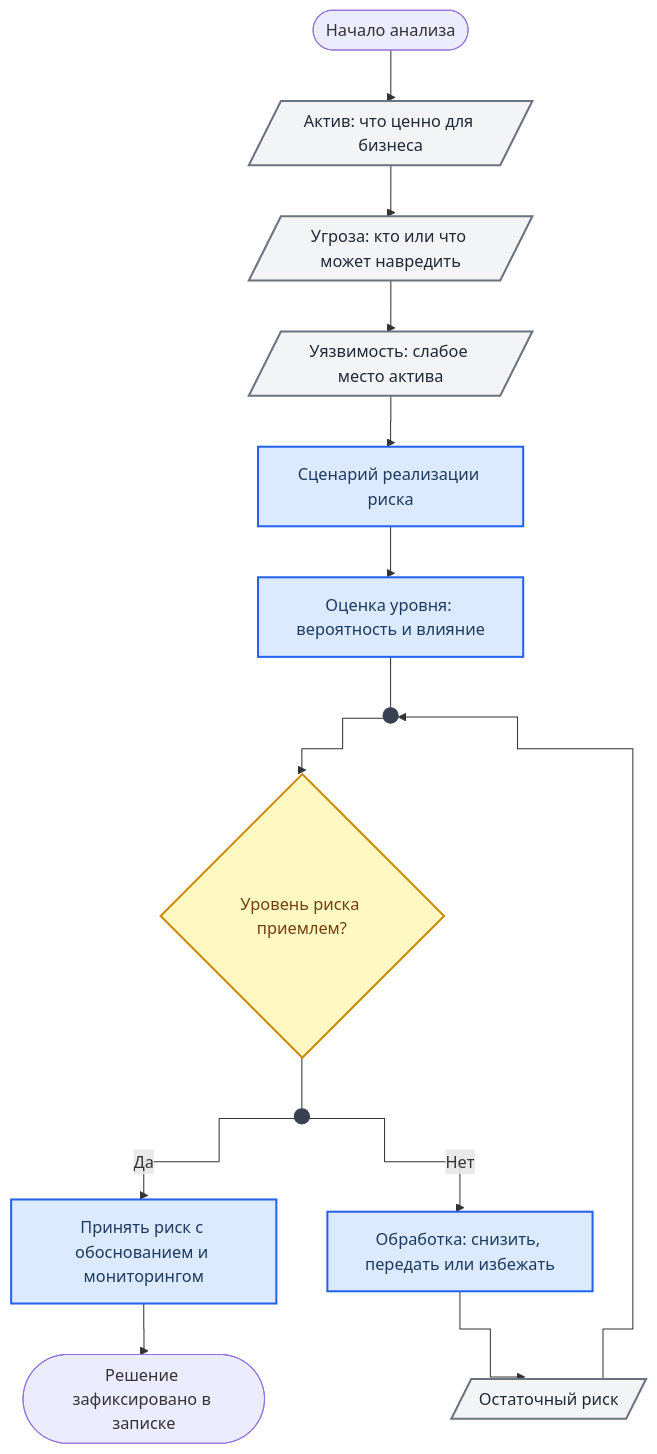
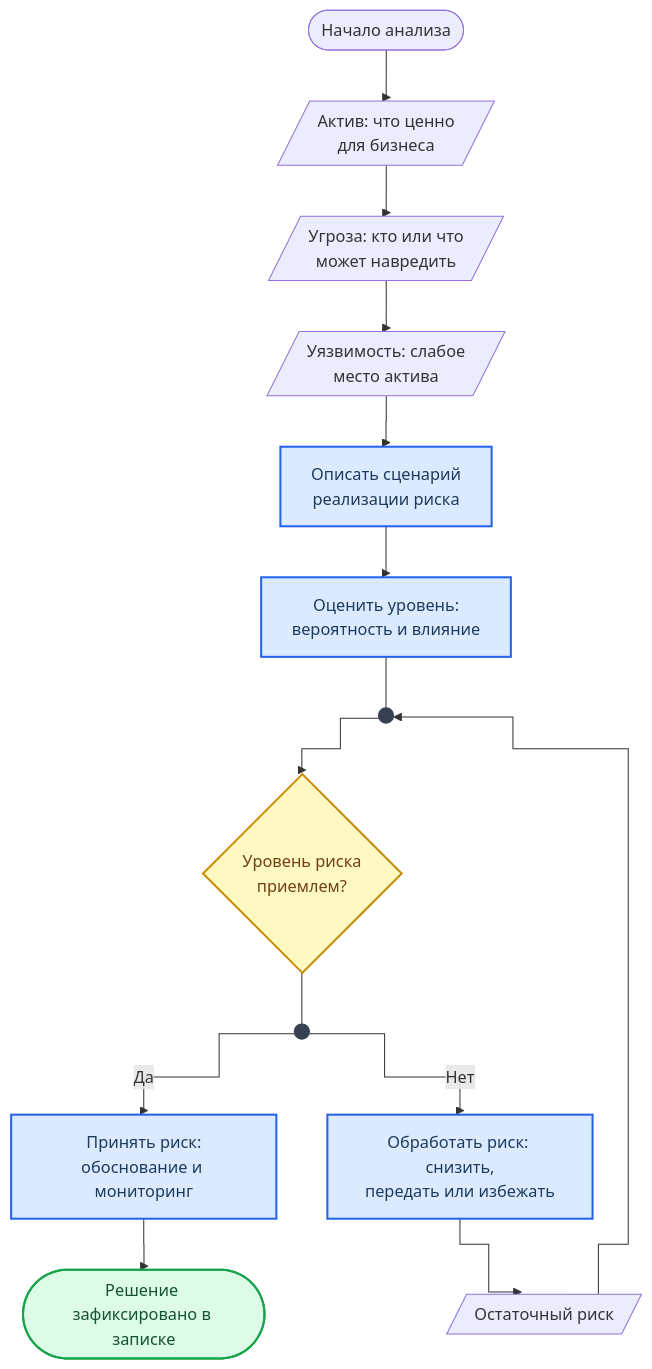
Before and after one commit to geminishkv/course_labs: the diagram in labs/basic/lab04/README.md, drawn with Mermaid. The commit also changed 3 other files, not shown here.

First line of the commit message:
docs(diagrams): rework lab diagrams for readability and GOST notation

````diff
--- a/labs/basic/lab04/README.md
+++ b/labs/basic/lab04/README.md
@@ -120,43 +120,44 @@
 ```mermaid
 %%{init: {"flowchart": {"curve": "step"}}}%%
 flowchart TB
     accTitle: Цепочка анализа риска ИБ
     accDescr: Актив, угроза и уязвимость задают сценарий риска; его уровень оценивается по вероятности и влиянию, после чего риск принимается или обрабатывается, а остаточный риск оценивается заново.
 
     start_analysis([Начало анализа])
-    define_asset[/Актив: что ценно для бизнеса/]
-    define_threat[/Угроза: кто или что может навредить/]
-    define_vulnerability[/Уязвимость: слабое место актива/]
-    risk_scenario[Сценарий реализации риска]
-    rate_risk[Оценка уровня: вероятность и влияние]
+    define_asset[/"Актив: что ценно<br/>для бизнеса"/]
+    define_threat[/"Угроза: кто или что<br/>может навредить"/]
+    define_vulnerability[/"Уязвимость: слабое<br/>место актива"/]
+    risk_scenario["Описать сценарий<br/>реализации риска"]
+    rate_risk["Оценить уровень:<br/>вероятность и влияние"]
     rate_join((" "))
-    risk_acceptable{Уровень риска приемлем?}
+    risk_acceptable{"Уровень риска<br/>приемлем?"}
     acceptable_fork((" "))
-    treat_risk[Обработка: снизить, передать или избежать]
+    accept_risk["Принять риск:<br/>обоснование и мониторинг"]
+    treat_risk["Обработать риск: снизить,<br/>передать или избежать"]
     residual_risk[/Остаточный риск/]
-    accept_risk[Принять риск с обоснованием и мониторингом]
     end_analysis([Решение зафиксировано в записке])
 
     start_analysis --> define_asset
     define_asset --> define_threat
     define_threat --> define_vulnerability
     define_vulnerability --> risk_scenario
     risk_scenario --> rate_risk
     rate_risk --- rate_join
-    residual_risk --> rate_join
     rate_join --> risk_acceptable
     risk_acceptable --- acceptable_fork
     acceptable_fork -->|Да| accept_risk
     acceptable_fork -->|Нет| treat_risk
     treat_risk --> residual_risk
+    residual_risk --> rate_join
     accept_risk --> end_analysis
 
-    classDef inputs fill:#f3f4f6,stroke:#6b7280,stroke-width:2px,color:#1f2937
-    classDef decision fill:#fef9c3,stroke:#ca8a04,stroke-width:2px,color:#713f12
-    classDef treatment fill:#dbeafe,stroke:#2563eb,stroke-width:2px,color:#1e3a5f
     classDef junction fill:#374151,stroke:#374151,stroke-width:1px,color:#374151,font-size:1px
-    class define_asset,define_threat,define_vulnerability,residual_risk inputs
-    class risk_acceptable decision
-    class risk_scenario,rate_risk,treat_risk,accept_risk treatment
+    classDef stage fill:#dbeafe,stroke:#2563eb,stroke-width:2px,color:#1e3a5f
+    classDef gate fill:#fef9c3,stroke:#ca8a04,stroke-width:2px,color:#713f12
+    classDef done fill:#dcfce7,stroke:#16a34a,stroke-width:2px,color:#14532d
+
     class rate_join,acceptable_fork junction
+    class risk_scenario,rate_risk,treat_risk,accept_risk stage
+    class risk_acceptable gate
+    class end_analysis done
 ```
````
